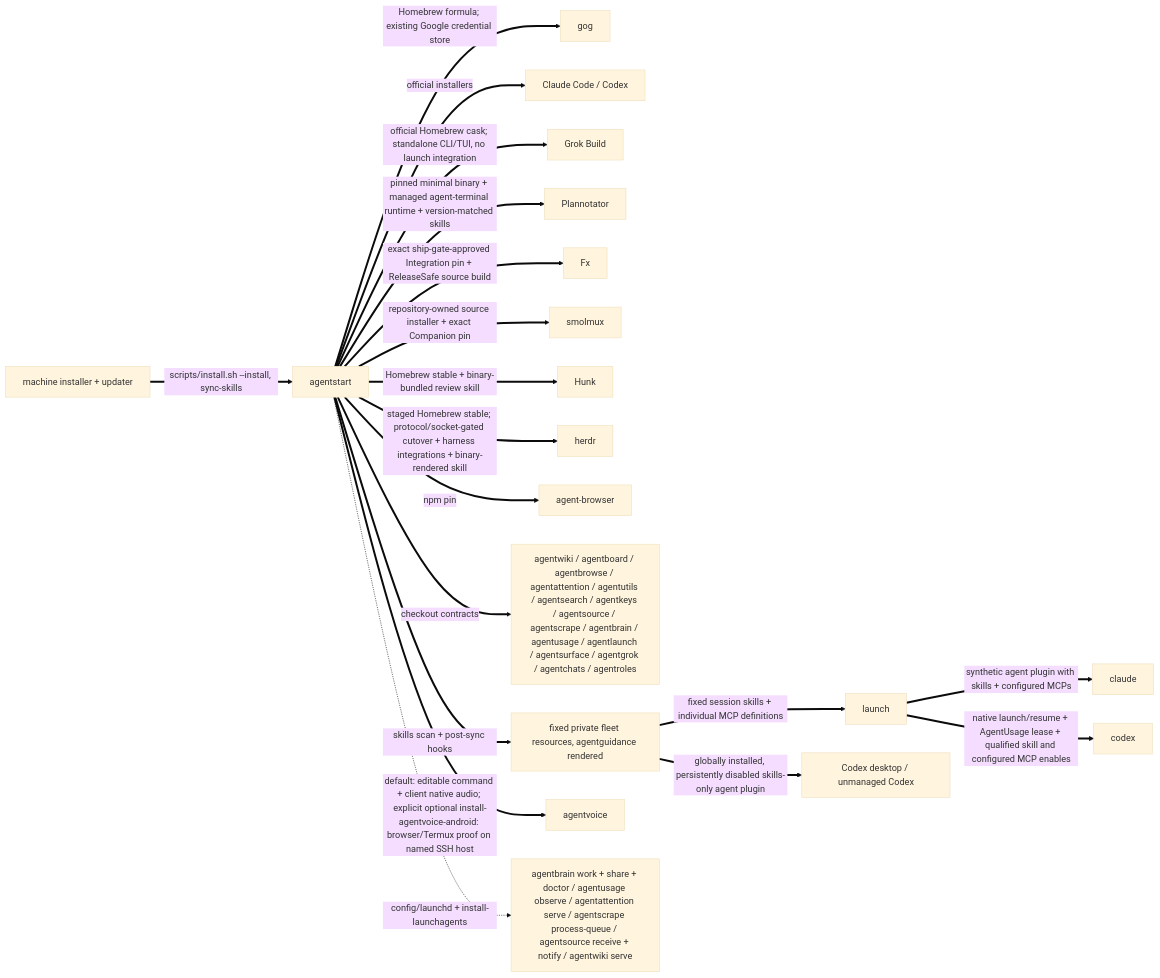
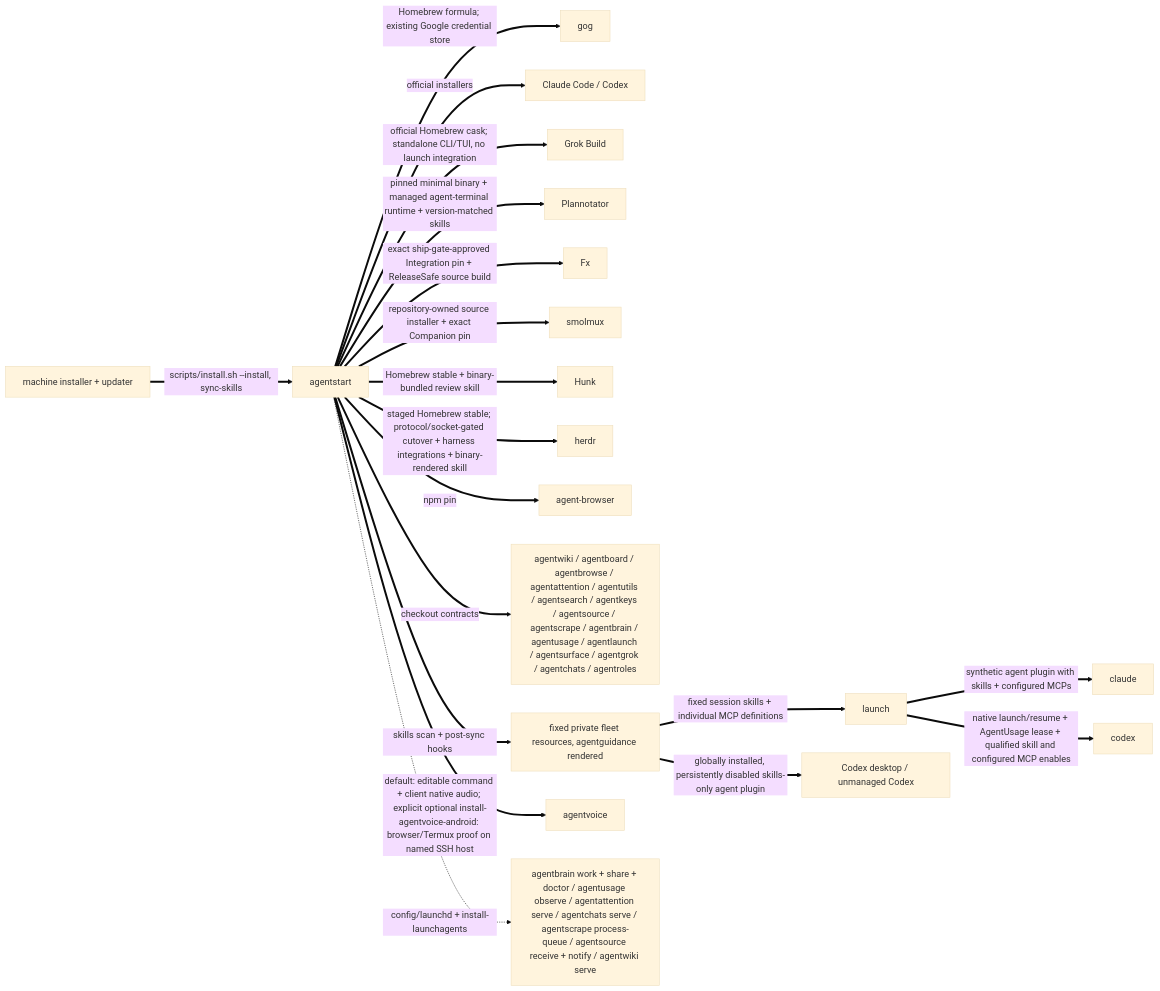
Before and after one commit to possibilities/agentstart: the second of 3 diagrams in skills/fleet/MAP.md, drawn with Mermaid (base theme). The commit also changed other lines of this file and 5 other files, not shown here.

Commit message:
Supervise the Agentchats web reader with launchd

````diff
--- a/skills/fleet/MAP.md
+++ b/skills/fleet/MAP.md
@@ -102,24 +102,24 @@
 ```mermaid
 flowchart LR
     machine[machine installer + updater]
     start[agentstart]
 
     machine ==>|scripts/install.sh --install, sync-skills| start
     start ==>|Homebrew formula; existing Google credential store| gog
     start ==>|official installers| harnesses[Claude Code / Codex]
     start ==>|official Homebrew cask; standalone CLI/TUI, no launch integration| grok[Grok Build]
     start ==>|pinned minimal binary + managed agent-terminal runtime + version-matched skills| plannotator[Plannotator]
     start ==>|exact ship-gate-approved Integration pin + ReleaseSafe source build| fx[Fx]
     start ==>|repository-owned source installer + exact Companion pin| smolmuxInstall[smolmux]
     start ==>|Homebrew stable + binary-bundled review skill| hunk[Hunk]
     start ==>|staged Homebrew stable; protocol/socket-gated cutover + harness integrations + binary-rendered skill| herdrInstall[herdr]
     start ==>|npm pin| browser[agent-browser]
     start ==>|checkout contracts| fleet[agentwiki / agentboard / agentbrowse / agentattention / agentutils / agentsearch / agentkeys / agentsource / agentscrape / agentbrain / agentusage / agentlaunch / agentsurface / agentgrok / agentchats / agentroles]
     start ==>|skills scan + post-sync hooks| skills[fixed private fleet resources, agentguidance rendered]
     start ==>|default: editable command + client native audio; explicit optional install-agentvoice-android: browser/Termux proof on named SSH host| voiceInstall[agentvoice]
     skills ==>|fixed session skills + individual MCP definitions| launch
     launch ==>|synthetic agent plugin with skills + configured MCPs| claude
     launch ==>|native launch/resume + AgentUsage lease + qualified skill and configured MCP enables| codex
     skills ==>|globally installed, persistently disabled skills-only agent plugin| codexDesktop[Codex desktop / unmanaged Codex]
-    start -.->|config/launchd + install-launchagents| services[agentbrain work + share + doctor / agentusage observe / agentattention serve / agentscrape process-queue / agentsource receive + notify / agentwiki serve]
+    start -.->|config/launchd + install-launchagents| services[agentbrain work + share + doctor / agentusage observe / agentattention serve / agentchats serve / agentscrape process-queue / agentsource receive + notify / agentwiki serve]
 ```
````
